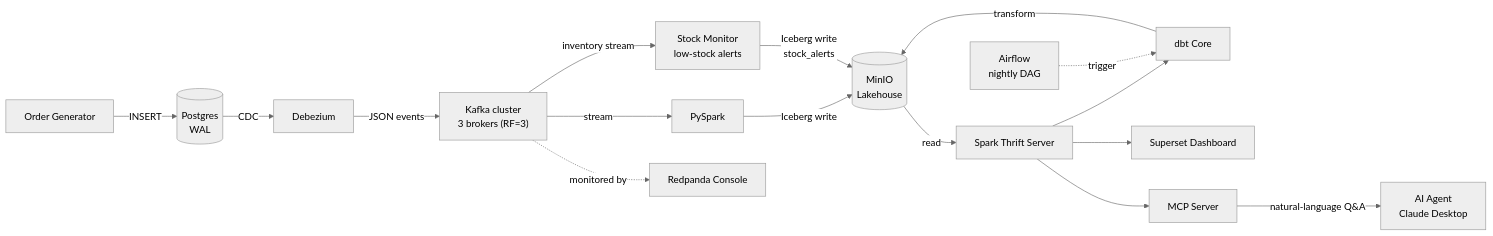
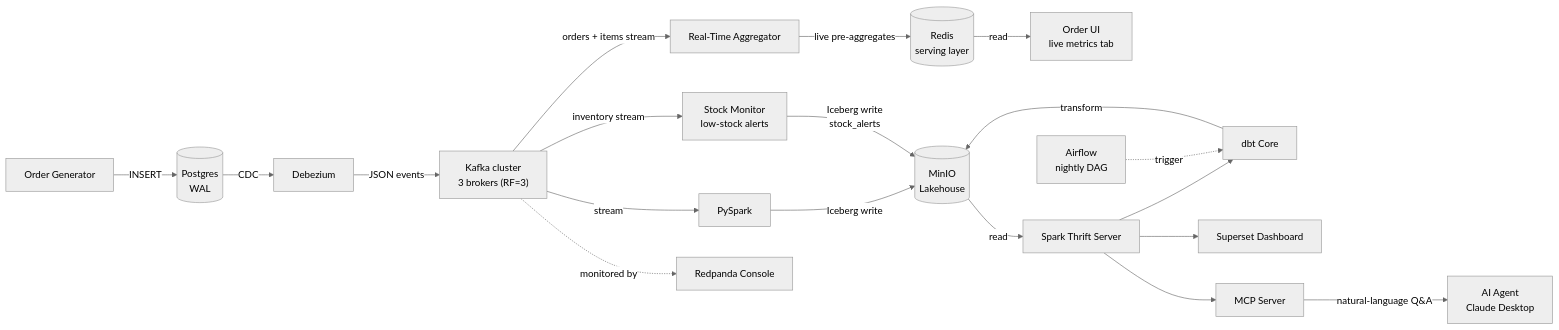
Before and after one commit to airdeniz/ecommerce-lakehouse: the first of 2 diagrams in README.md, drawn with Mermaid (neutral theme). The commit also changed other lines of this file and 9 other files, not shown here.

First line of the commit message:
feat(serving): real-time Redis serving layer (live metrics + trending)

````diff
--- a/README.md
+++ b/README.md
@@ -25,19 +25,22 @@
 ```mermaid
 flowchart LR
     GEN[Order Generator] -->|INSERT| PG[(Postgres<br/>WAL)]
     PG -->|CDC| DBZ[Debezium]
     DBZ -->|JSON events| KAFKA["Kafka cluster<br/>3 brokers (RF=3)"]
     KAFKA -->|stream| SPARK[PySpark]
     KAFKA -->|inventory stream| STOCK[Stock Monitor<br/>low-stock alerts]
+    KAFKA -->|orders + items stream| AGG[Real-Time Aggregator]
+    AGG -->|live pre-aggregates| REDIS[(Redis<br/>serving layer)]
+    REDIS -->|read| OUI[Order UI<br/>live metrics tab]
     SPARK -->|Iceberg write| MINIO[(MinIO<br/>Lakehouse)]
     STOCK -->|Iceberg write<br/>stock_alerts| MINIO
     MINIO -->|read| THRIFT[Spark Thrift Server]
     THRIFT --> DBT[dbt Core]
     DBT -->|transform| MINIO
     AIRFLOW[Airflow<br/>nightly DAG] -.->|trigger| DBT
     THRIFT --> SUPERSET[Superset Dashboard]
     THRIFT --> MCP[MCP Server]
     MCP -->|natural-language Q&A| AGENT[AI Agent<br/>Claude Desktop]
     CONSOLE[Redpanda Console]
     KAFKA -.->|monitored by| CONSOLE
 ```
````
